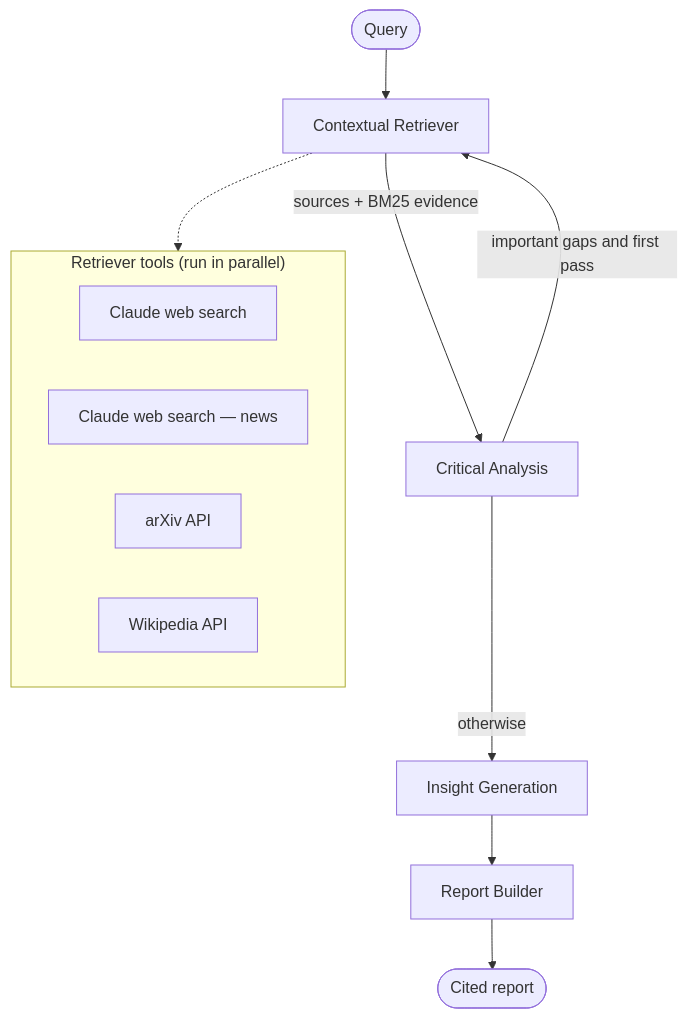
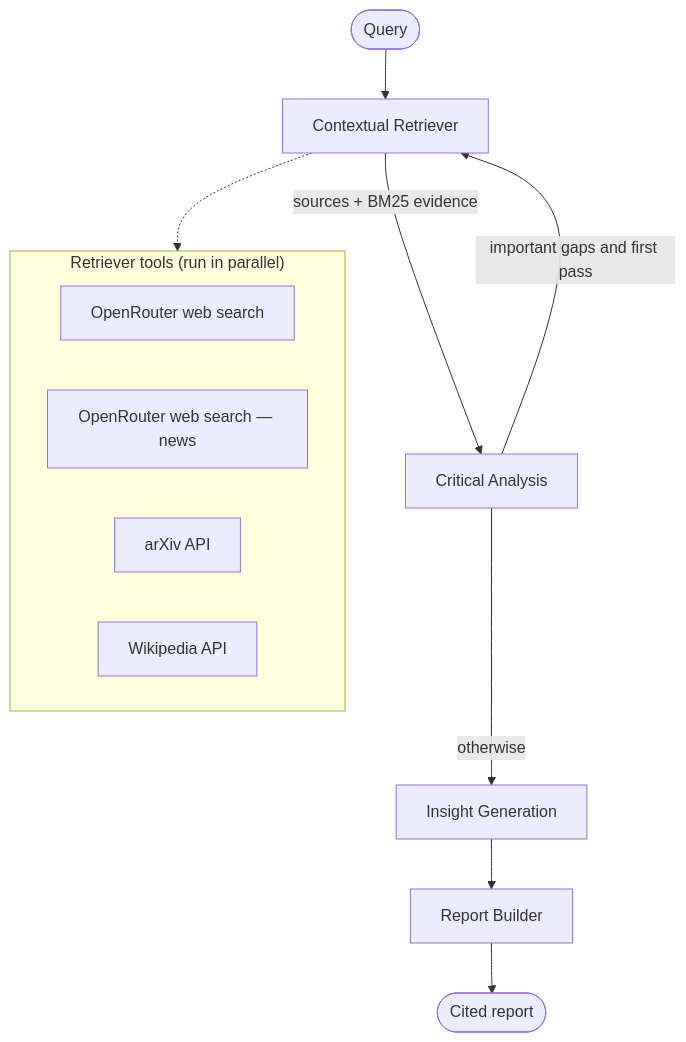
One commit to skachru/AI-Deep-Researcher changed the diagram in README.md. Above: the diagram before and after it, drawn with Mermaid. The commit also changed other lines of this file and 17 other files, not shown here.

First line of the commit message:
Switch LLM provider from Anthropic to OpenRouter

````diff
--- a/README.md
+++ b/README.md
@@ -13,17 +13,17 @@
 ```mermaid
 flowchart TD
     START([Query]) --> R[Contextual Retriever]
     R -->|sources + BM25 evidence| A[Critical Analysis]
     A -->|important gaps and first pass| R
     A -->|otherwise| I[Insight Generation]
     I --> B[Report Builder]
     B --> END([Cited report])
 
     subgraph Tools["Retriever tools (run in parallel)"]
-      W[Claude web search]
-      N[Claude web search — news]
+      W[OpenRouter web search]
+      N[OpenRouter web search — news]
       X[arXiv API]
       K[Wikipedia API]
     end
     R -.-> Tools
 ```
````
